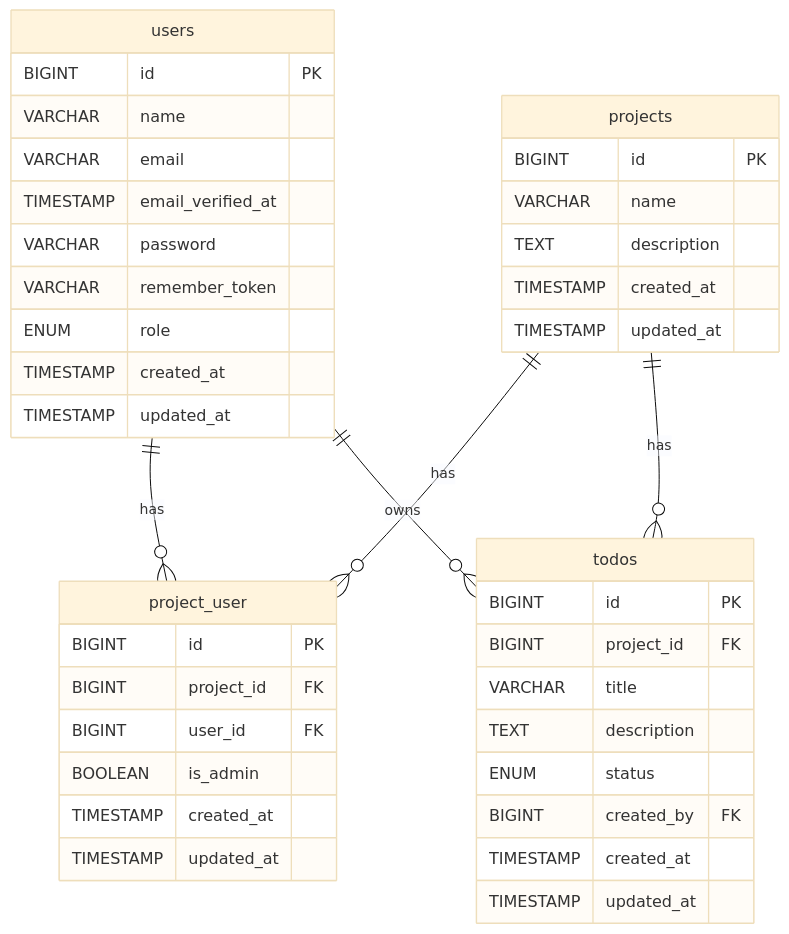
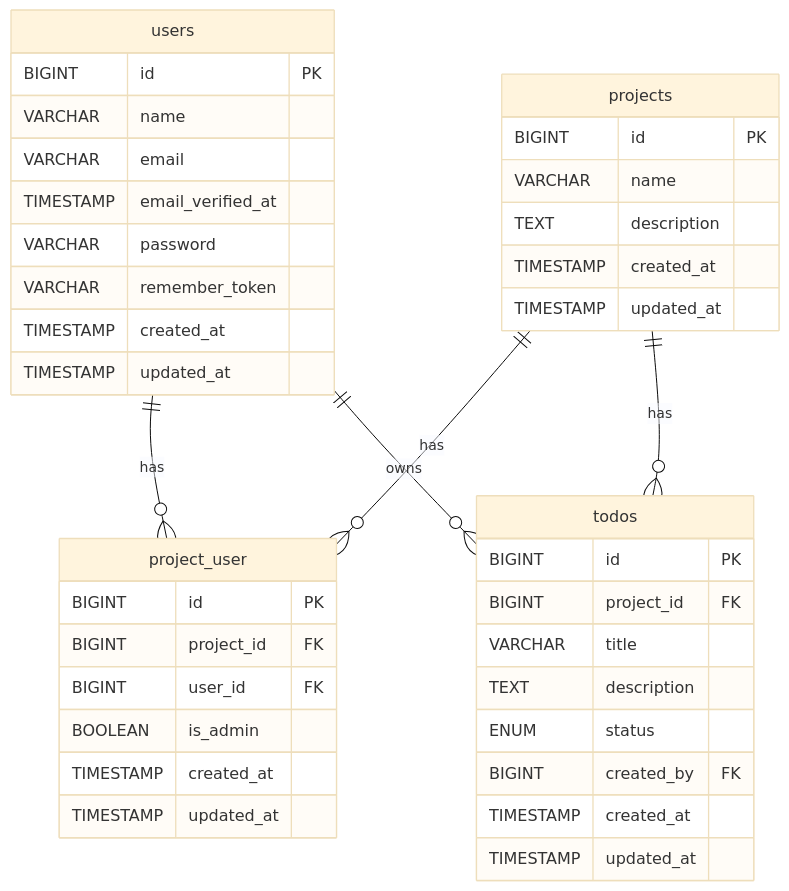
One commit to shuji81/laravel-todo-app-practice changed the diagram in docs/ER図.mmd. Above: the diagram before and after it, drawn with Mermaid (base theme). The commit also changed 1 other file, not shown here.

```diff
--- a/docs/ER図.mmd
+++ b/docs/ER図.mmd
@@ -1,45 +1,44 @@
 erDiagram
     users {
         BIGINT id PK
         VARCHAR name
         VARCHAR email
         TIMESTAMP email_verified_at
         VARCHAR password
         VARCHAR remember_token
-        ENUM role
         TIMESTAMP created_at
         TIMESTAMP updated_at
     }
     
     projects {
         BIGINT id PK
         VARCHAR name
         TEXT description
         TIMESTAMP created_at
         TIMESTAMP updated_at
     }
     
     project_user {
         BIGINT id PK
         BIGINT project_id FK
         BIGINT user_id FK
         BOOLEAN is_admin
         TIMESTAMP created_at
         TIMESTAMP updated_at
     }
     
     todos {
         BIGINT id PK
         BIGINT project_id FK
         VARCHAR title
         TEXT description
         ENUM status
         BIGINT created_by FK
         TIMESTAMP created_at
         TIMESTAMP updated_at
     }
 
     users ||--o{ project_user: "has"
     projects ||--o{ project_user: "has"
     projects ||--o{ todos: "has"
     users ||--o{ todos: "owns"
```
